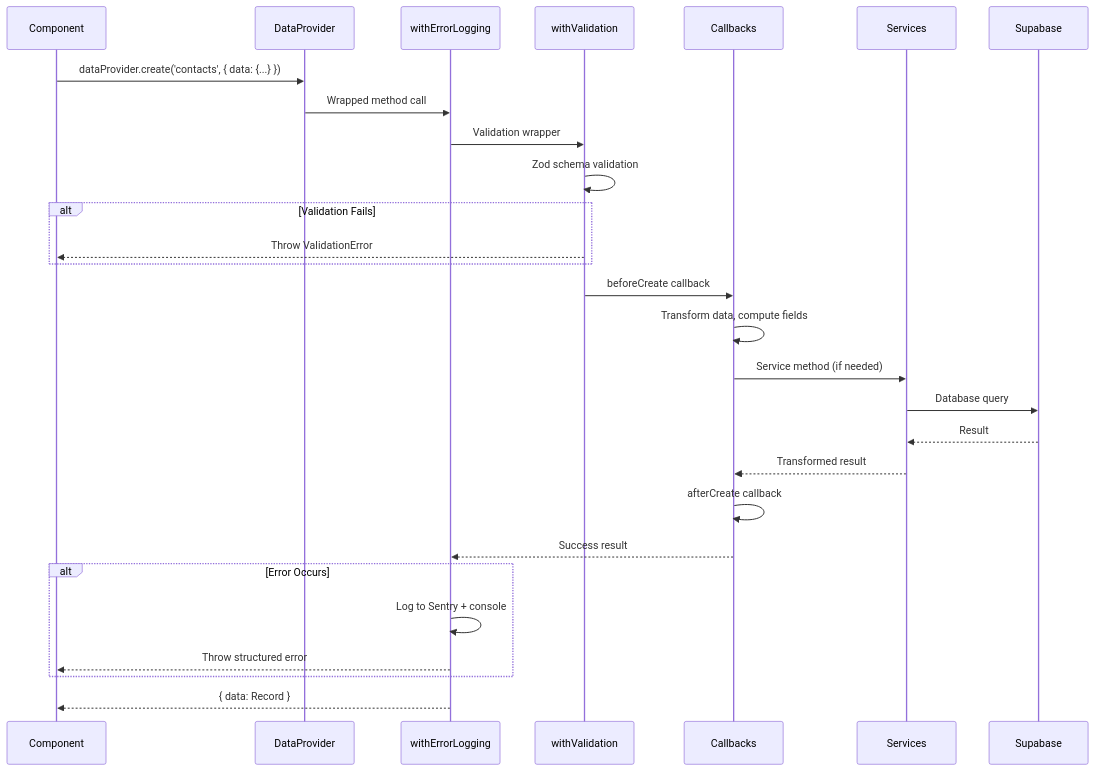
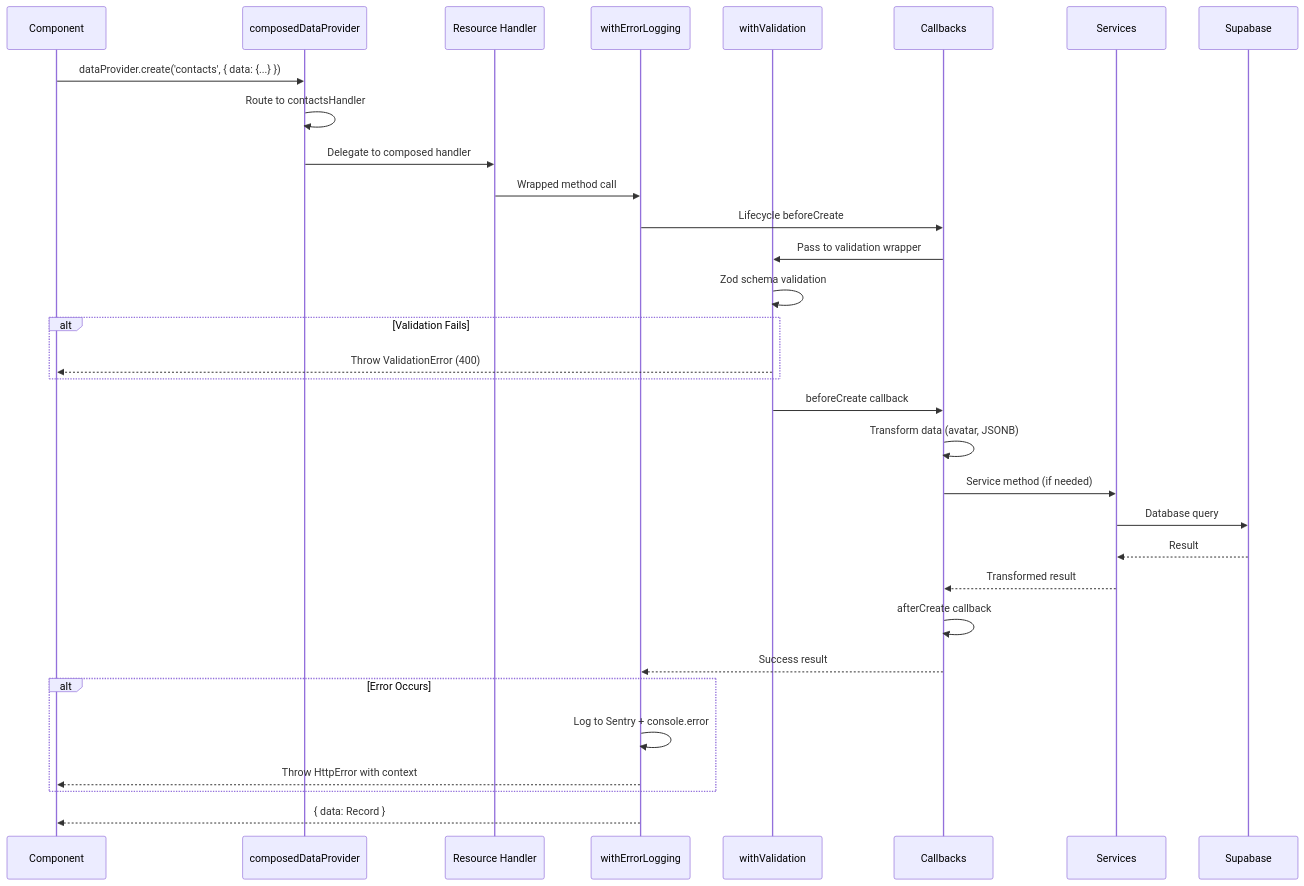
Before and after one commit to krwhynot/crispy-crm: the diagram in docs/architecture/data-provider.md, drawn with Mermaid. The commit also changed other lines of this file and 10 other files, not shown here.

Commit message:
chore(checkpoint): 11 file(s) - checkpoint-state,data-provider.md ActivityNoteF...

````diff
--- a/docs/architecture/data-provider.md
+++ b/docs/architecture/data-provider.md
@@ -83,35 +215,39 @@
 ```mermaid
 sequenceDiagram
     participant C as Component
-    participant DP as DataProvider
+    participant Router as composedDataProvider
+    participant Handler as Resource Handler
     participant W1 as withErrorLogging
     participant W2 as withValidation
     participant CB as Callbacks
     participant SVC as Services
     participant SB as Supabase
 
-    C->>DP: dataProvider.create('contacts', { data: {...} })
-    DP->>W1: Wrapped method call
-    W1->>W2: Validation wrapper
+    C->>Router: dataProvider.create('contacts', { data: {...} })
+    Router->>Router: Route to contactsHandler
+    Router->>Handler: Delegate to composed handler
+    Handler->>W1: Wrapped method call
+    W1->>CB: Lifecycle beforeCreate
+    CB->>W2: Pass to validation wrapper
     W2->>W2: Zod schema validation
 
     alt Validation Fails
-        W2-->>C: Throw ValidationError
+        W2-->>C: Throw ValidationError (400)
     end
 
     W2->>CB: beforeCreate callback
-    CB->>CB: Transform data, compute fields
+    CB->>CB: Transform data (avatar, JSONB)
     CB->>SVC: Service method (if needed)
     SVC->>SB: Database query
     SB-->>SVC: Result
     SVC-->>CB: Transformed result
     CB->>CB: afterCreate callback
     CB-->>W1: Success result
 
     alt Error Occurs
-        W1->>W1: Log to Sentry + console
-        W1-->>C: Throw structured error
+        W1->>W1: Log to Sentry + console.error
+        W1-->>C: Throw HttpError with context
     end
 
     W1-->>C: { data: Record }
 ```
````
